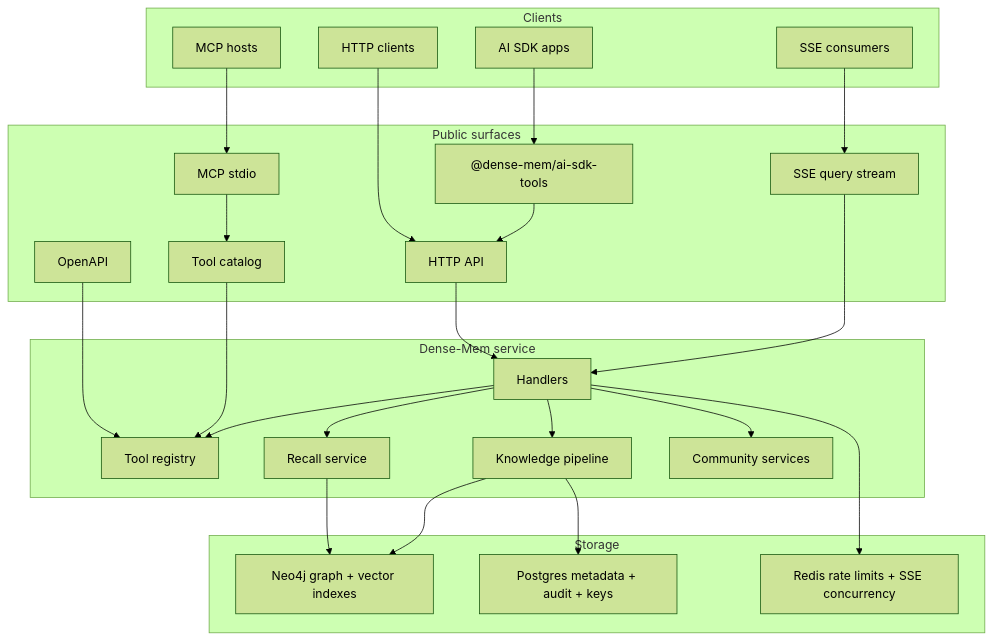
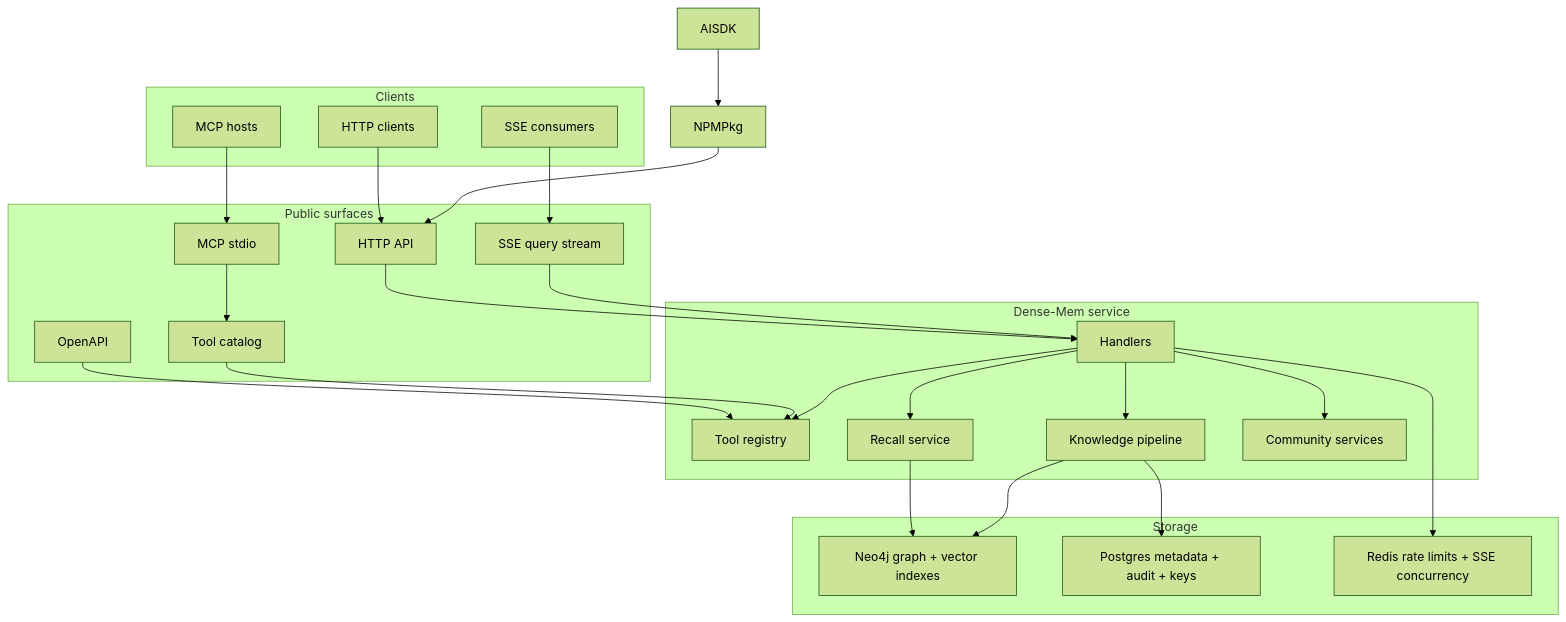
Before and after one commit to Z-M-Huang/dense-mem: the second of 6 diagrams in README.md, drawn with Mermaid (forest theme). The commit also changed other lines of this file and 7 other files, not shown here.

Commit message:
Remove AI SDK tools package

````diff
--- a/README.md
+++ b/README.md
@@ -50,53 +50,51 @@
 ```mermaid
 flowchart TB
     subgraph Clients["Clients"]
         HTTPClient["HTTP clients"]
         SSEClient["SSE consumers"]
         MCPClient["MCP hosts"]
-        AISDK["AI SDK apps"]
     end
 
     subgraph Surfaces["Public surfaces"]
         HTTP["HTTP API"]
         SSE["SSE query stream"]
         Catalog["Tool catalog"]
         OpenAPI["OpenAPI"]
         MCP["MCP stdio"]
-        NPMPkg["@dense-mem/ai-sdk-tools"]
     end
 
     subgraph Service["Dense-Mem service"]
         Handlers["Handlers"]
         Registry["Tool registry"]
         RecallSvc["Recall service"]
         Pipeline["Knowledge pipeline"]
         Communities["Community services"]
     end
 
     subgraph Storage["Storage"]
         Neo4j["Neo4j graph + vector indexes"]
         Postgres["Postgres metadata + audit + keys"]
         Redis["Redis rate limits + SSE concurrency"]
     end
 
     HTTPClient --> HTTP
     SSEClient --> SSE
     MCPClient --> MCP
     AISDK --> NPMPkg
 
     NPMPkg --> HTTP
     MCP --> Catalog
     OpenAPI --> Registry
     Catalog --> Registry
     HTTP --> Handlers
     SSE --> Handlers
     Handlers --> Registry
     Handlers --> RecallSvc
     Handlers --> Pipeline
     Handlers --> Communities
 
     RecallSvc --> Neo4j
     Pipeline --> Neo4j
     Pipeline --> Postgres
     Handlers --> Redis
 ```
````
